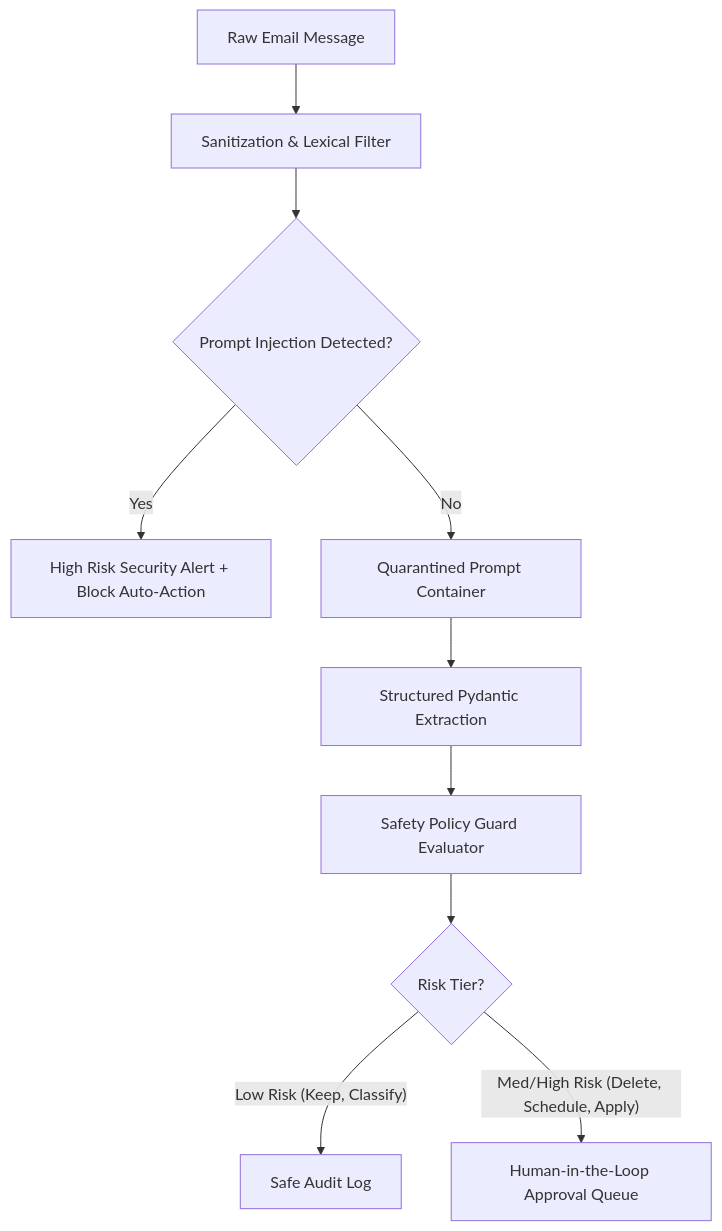
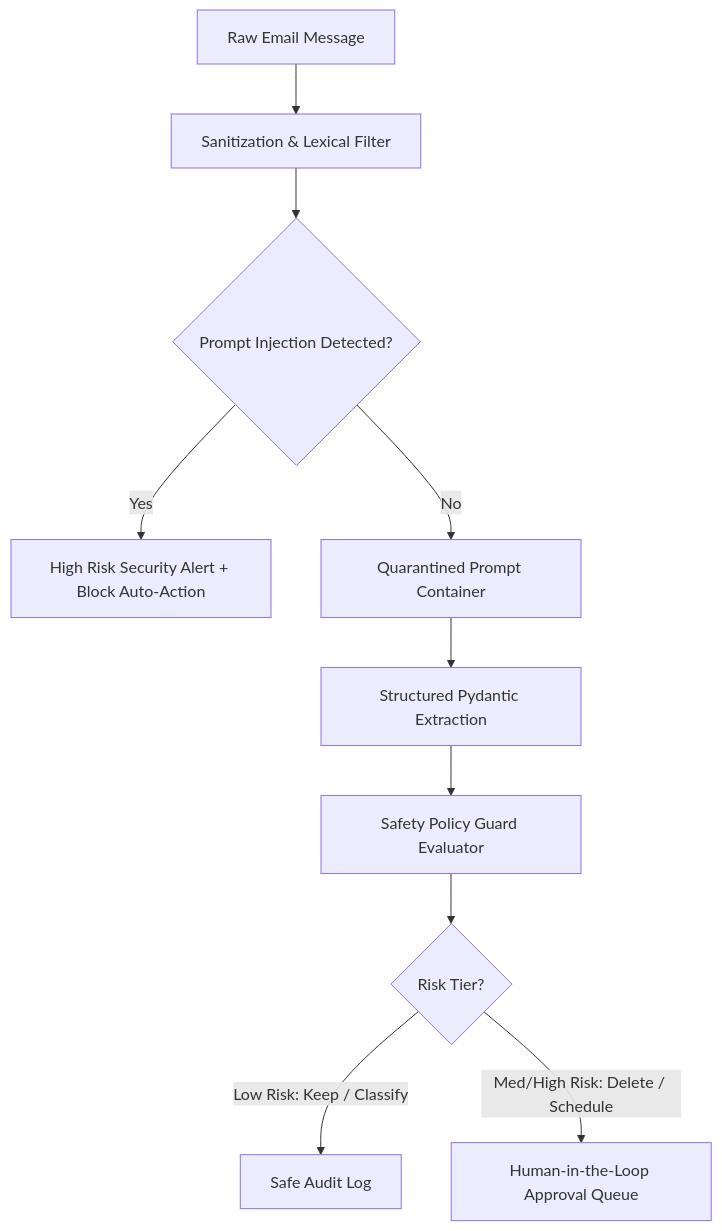
Before and after one commit to jay-2525/mailmind: the diagram in docs/safety.md, drawn with Mermaid. The commit also changed 13 other files, not shown here.

Commit message:
docs: comprehensive portfolio documentation with verified Mermaid architecture workflows

````diff
--- a/docs/safety.md
+++ b/docs/safety.md
@@ -7,12 +7,12 @@
 ```mermaid
 flowchart TD
     Email[Raw Email Message] --> Sanitize[Sanitization & Lexical Filter]
     Sanitize --> InjectionCheck{Prompt Injection Detected?}
     InjectionCheck -- Yes --> Flag[High Risk Security Alert + Block Auto-Action]
     InjectionCheck -- No --> Quarantine[Quarantined Prompt Container]
     Quarantine --> LLM[Structured Pydantic Extraction]
     LLM --> Policy[Safety Policy Guard Evaluator]
     Policy --> RiskTier{Risk Tier?}
-    RiskTier -- Low Risk (Keep, Classify) --> AutoExecute[Safe Audit Log]
-    RiskTier -- Med/High Risk (Delete, Schedule, Apply) --> ApprovalCenter[Human-in-the-Loop Approval Queue]
+    RiskTier -- "Low Risk: Keep / Classify" --> AutoExecute[Safe Audit Log]
+    RiskTier -- "Med/High Risk: Delete / Schedule" --> ApprovalCenter[Human-in-the-Loop Approval Queue]
 ```
````
